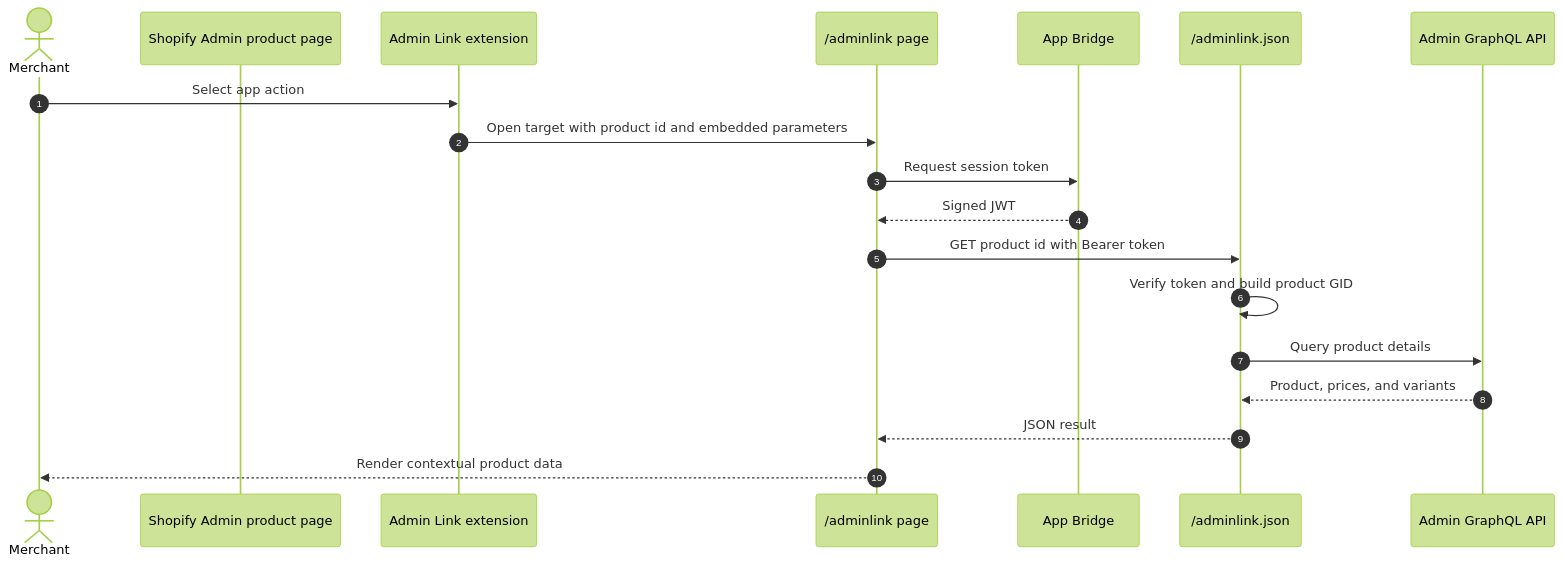
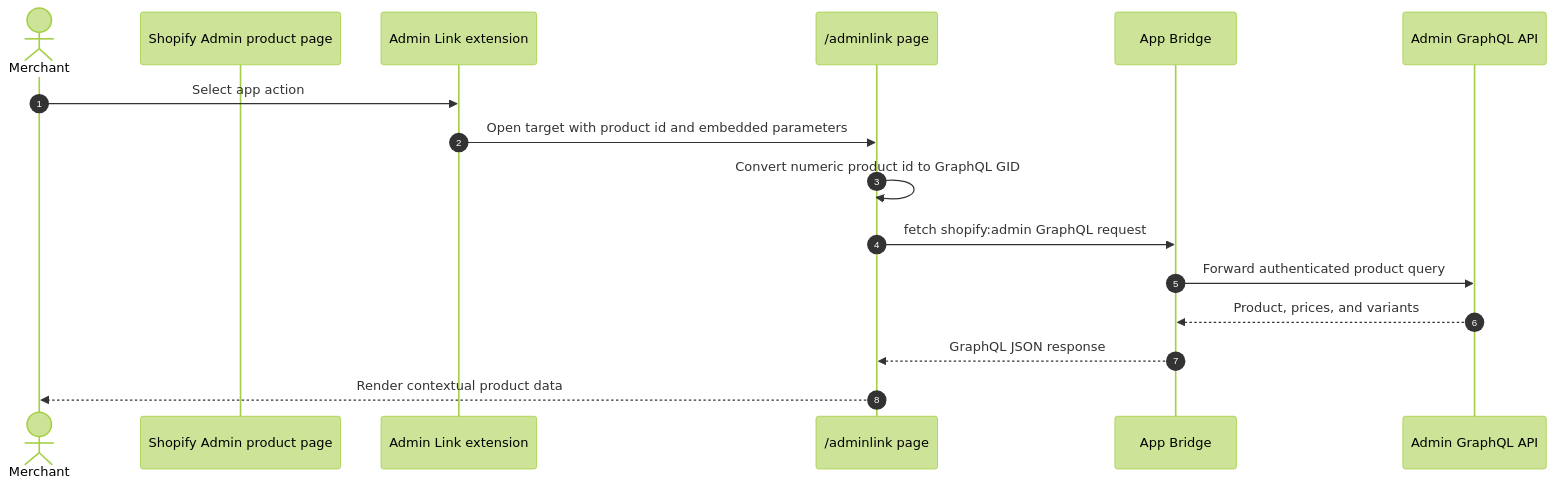
One commit to benzookapi/shopify-barebone-app-sample changed the diagram in docs/adminlink.md. Above: the diagram before and after it, drawn with Mermaid (forest theme). The commit also changed other lines of this file and 29 other files, not shown here.

First line of the commit message:
Codex/adminlink direct api access (#2)

````diff
--- a/docs/adminlink.md
+++ b/docs/adminlink.md
@@ -15,22 +16,19 @@
 ```mermaid
 sequenceDiagram
     autonumber
     actor Merchant
     participant Admin as Shopify Admin product page
     participant AdminLink as Admin Link extension
     participant Page as /adminlink page
     participant Bridge as App Bridge
-    participant App as /adminlink.json
     participant API as Admin GraphQL API
 
     Merchant->>AdminLink: Select app action
     AdminLink->>Page: Open target with product id and embedded parameters
-    Page->>Bridge: Request session token
-    Bridge-->>Page: Signed JWT
-    Page->>App: GET product id with Bearer token
-    App->>App: Verify token and build product GID
-    App->>API: Query product details
-    API-->>App: Product, prices, and variants
-    App-->>Page: JSON result
+    Page->>Page: Convert numeric product id to GraphQL GID
+    Page->>Bridge: fetch shopify:admin GraphQL request
+    Bridge->>API: Forward authenticated product query
+    API-->>Bridge: Product, prices, and variants
+    Bridge-->>Page: GraphQL JSON response
     Page-->>Merchant: Render contextual product data
 ```
````
